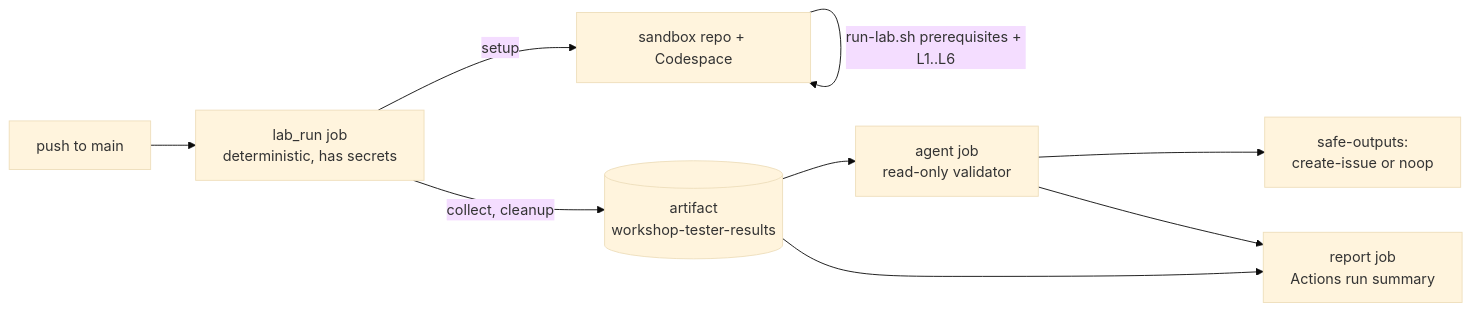
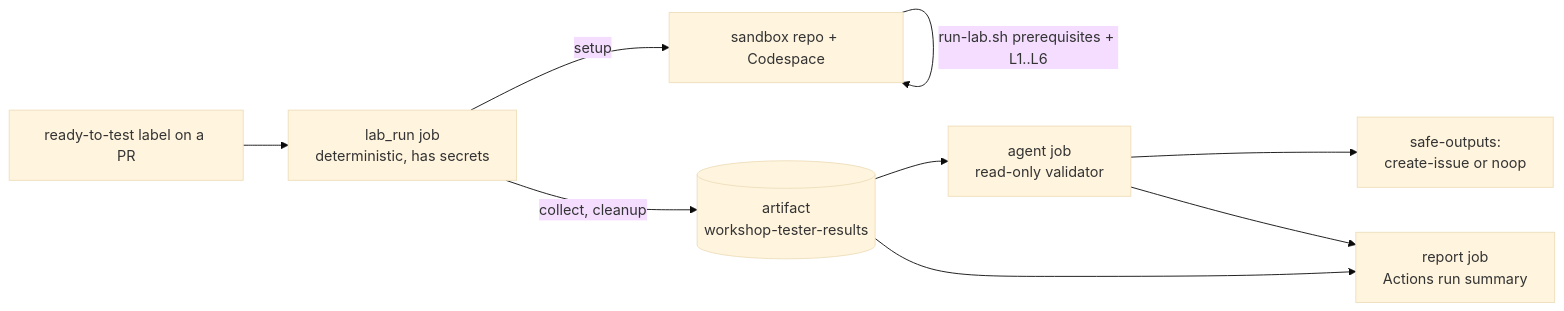
Before and after one commit to Ch0wseth/AI-SDLC-Workshop-1: the diagram in tests/workshop/afternoon-2/README.md, drawn with Mermaid (base theme). The commit also changed other lines of this file and 11 other files, not shown here.

Commit message:
Run the pedagogy reviewer on new PRs via gh-aw safe outputs; trigger the tester with the ready-to-test label

````diff
--- a/tests/workshop/afternoon-2/README.md
+++ b/tests/workshop/afternoon-2/README.md
@@ -7,11 +7,11 @@
 ```mermaid
 flowchart LR
-  A[push to main] --> B[lab_run job<br/>deterministic, has secrets]
+  A[ready-to-test label on a PR] --> B[lab_run job<br/>deterministic, has secrets]
   B -->|setup| C[sandbox repo + Codespace]
   C -->|run-lab.sh prerequisites + L1..L6| C
   B -->|collect, cleanup| D[(artifact<br/>workshop-tester-results)]
   D --> E[agent job<br/>read-only validator]
   E --> F[safe-outputs:<br/>create-issue or noop]
   D --> G[report job<br/>Actions run summary]
   E --> G
 ```
````
